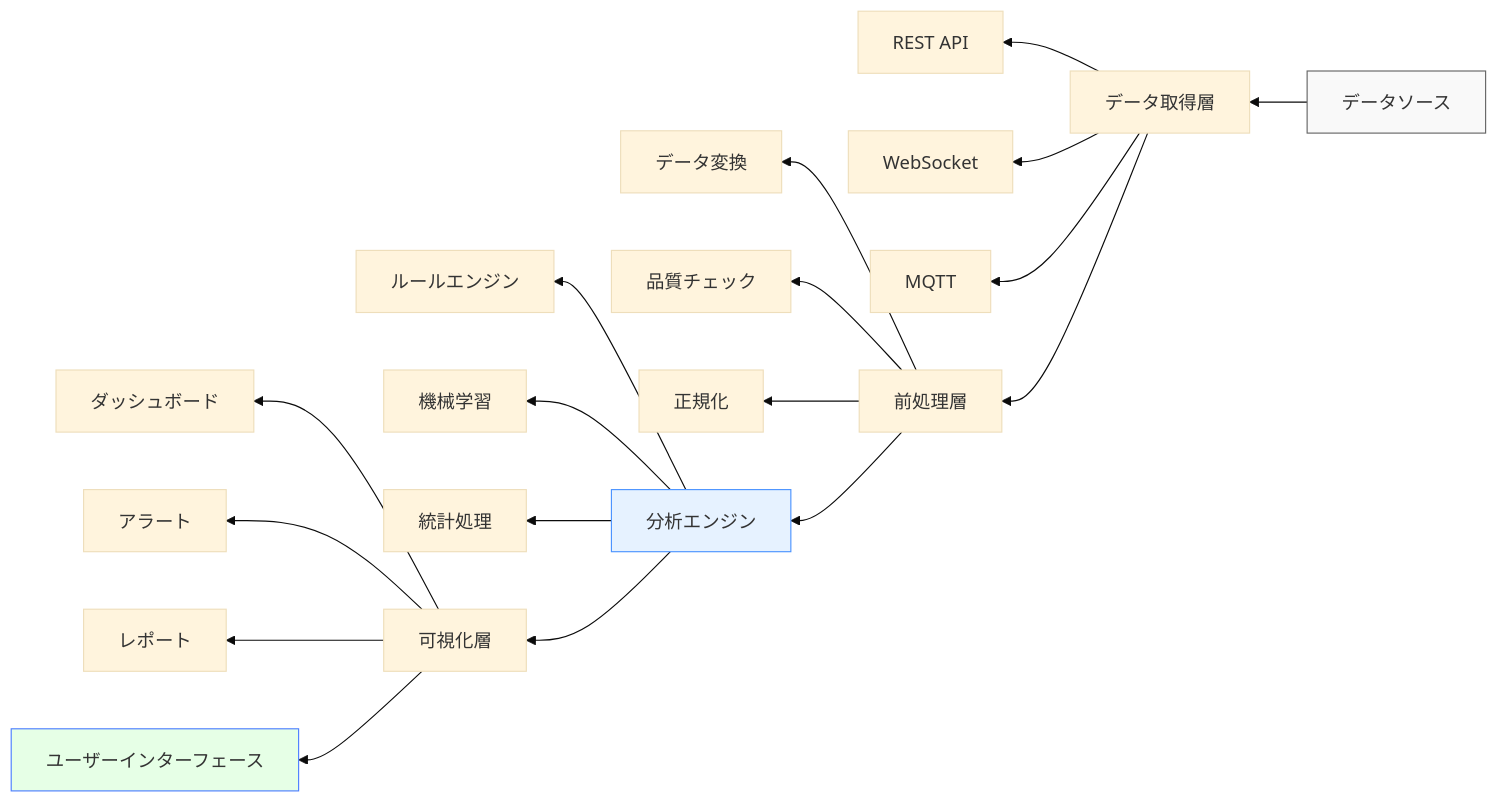
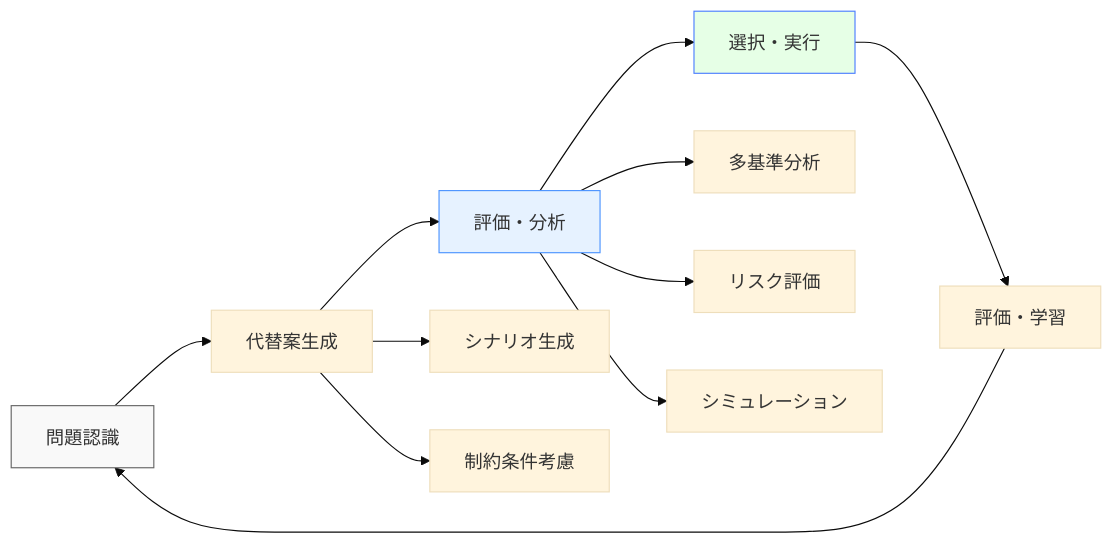
One commit to shuji-bonji/Situational-Awareness-and-Decision-Making changed the second of 4 diagrams in docs/software/index.md. Above: the diagram before and after it, drawn with Mermaid (base theme). The commit also changed other lines of this file and 2 other files, not shown here.

````diff
--- a/docs/software/index.md
+++ b/docs/software/index.md
@@ -132,29 +45,19 @@
 ```mermaid
-graph RL
-    A[データソース] --> B[データ取得層]
+graph LR
+    A[問題認識] --> B[代替案生成]
+    B --> C[評価・分析]
+    C --> D[選択・実行]
+    D --> E[評価・学習]
+    E --> A
     
-    B --> B1[REST API]
-    B --> B2[WebSocket]
-    B --> B3[MQTT]
+    B --> B1[シナリオ生成]
+    B --> B2[制約条件考慮]
     
-    C --> C1[データ変換]
-    C --> C2[品質チェック]
-    C --> C3[正規化]
+    C --> C1[多基準分析]
+    C --> C2[リスク評価]
+    C --> C3[シミュレーション]
     
-    D --> D1[ルールエンジン]
-    D --> D2[機械学習]
-    D --> D3[統計処理]
-    
-    E --> E1[ダッシュボード]
-    E --> E2[アラート]
-    E --> E3[レポート]
-
-    B --> C[前処理層]
-    C --> D[分析エンジン]
-    D --> E[可視化層]
-    E --> F[ユーザーインターフェース]
-
     style A fill:#f9f9f9,stroke:#666
-    style D fill:#e6f2ff,stroke:#4d94ff
-    style F fill:#e6ffe6,stroke:#4d7fff
+    style C fill:#e6f2ff,stroke:#4d94ff
+    style D fill:#e6ffe6,stroke:#4d7fff
 ```
````
